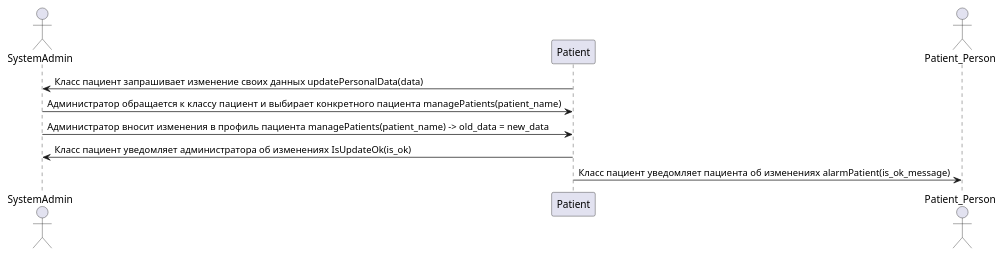
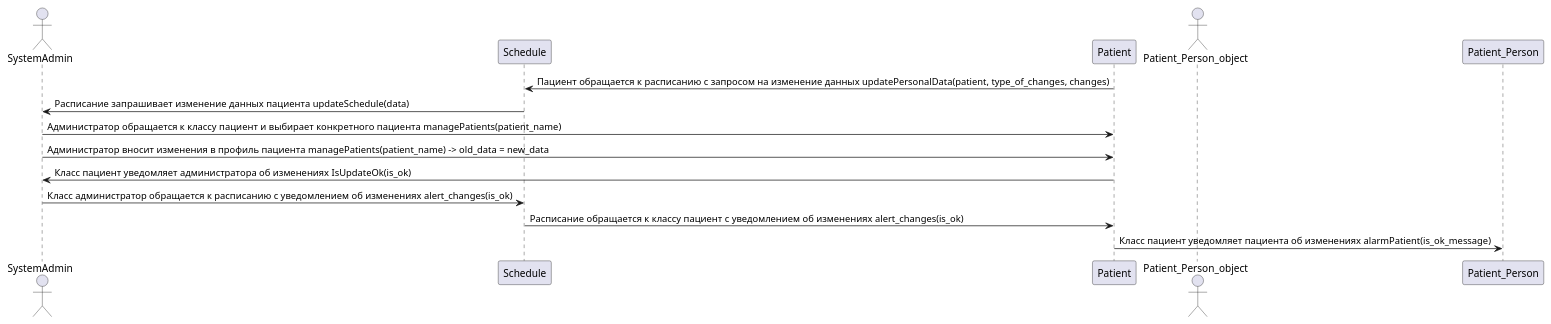
One commit to penamarth/bsbo-01-22_team2_var3 changed the diagram in sequence_diagram_4.md. Above: the diagram before and after it, drawn with PlantUML.

````diff
--- a/sequence_diagram_4.md
+++ b/sequence_diagram_4.md
@@ -1,16 +1,23 @@
 ```plantuml
 @startuml sequence_diagram_2
 
 actor SystemAdmin
+
+participant Schedule
 participant Patient
-actor Patient_Person
 
-Patient -> SystemAdmin: Класс пациент запрашивает изменение своих данных updatePersonalData(data)
+actor Patient_Person_object
+
+Patient -> Schedule: Пациент обращается к расписанию с запросом на изменение данных updatePersonalData(patient, type_of_changes, changes)
+Schedule -> SystemAdmin: Расписание запрашивает изменение данных пациента updateSchedule(data)
 SystemAdmin ->  Patient: Администратор обращается к классу пациент и выбирает конкретного пациента managePatients(patient_name)
 SystemAdmin -> Patient: Администратор вносит изменения в профиль пациента managePatients(patient_name) -> old_data = new_data
 Patient -> SystemAdmin: Класс пациент уведомляет администратора об изменениях IsUpdateOk(is_ok)
+SystemAdmin -> Schedule: Класс администратор обращается к расписанию с уведомлением об изменениях alert_changes(is_ok)
+Schedule -> Patient: Расписание обращается к классу пациент с уведомлением об изменениях alert_changes(is_ok)
 Patient -> Patient_Person: Класс пациент уведомляет пациента об изменениях alarmPatient(is_ok_message)
 
 
 @enduml
+
 ```
````
